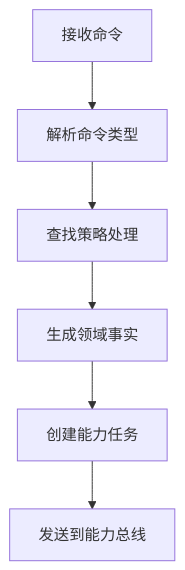
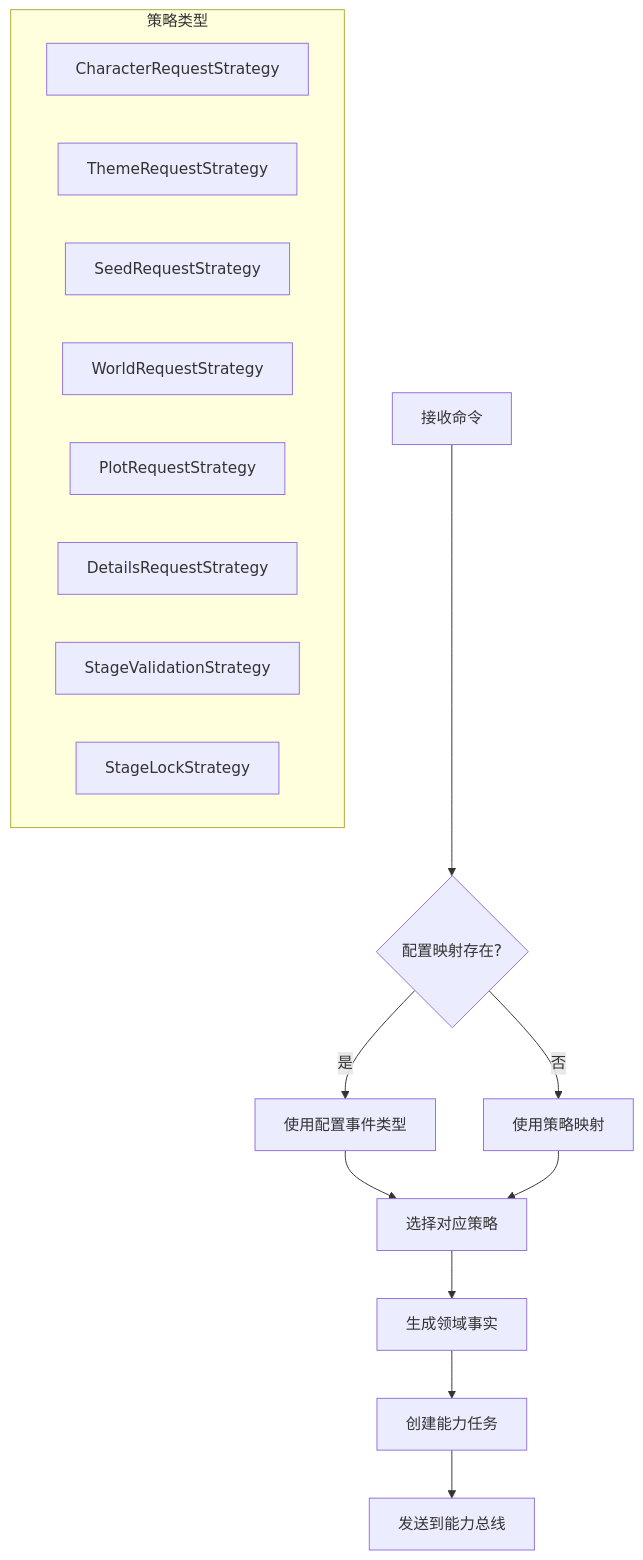
Before and after one commit to zhiyue/infinite-scribe: the seventh of 10 diagrams in apps/backend/src/agents/orchestrator/README.md, drawn with Mermaid. The commit also changed other lines of this file and 3 other files, not shown here.

````diff
--- a/apps/backend/src/agents/orchestrator/README.md
+++ b/apps/backend/src/agents/orchestrator/README.md
@@ -247,8 +279,22 @@
 ```mermaid
 flowchart TD
-    A[接收命令] --> B[解析命令类型]
-    B --> C[查找策略处理]
-    C --> D[生成领域事实]
-    D --> E[创建能力任务]
-    E --> F[发送到能力总线]
+    A[接收命令] --> B{配置映射存在?}
+    B -->|是| C[使用配置事件类型]
+    B -->|否| D[使用策略映射]
+    C --> E[选择对应策略]
+    D --> E
+    E --> F[生成领域事实]
+    F --> G[创建能力任务]
+    G --> H[发送到能力总线]
+    
+    subgraph "策略类型"
+        S1[CharacterRequestStrategy]
+        S2[ThemeRequestStrategy]
+        S3[SeedRequestStrategy]
+        S4[WorldRequestStrategy]
+        S5[PlotRequestStrategy]
+        S6[DetailsRequestStrategy]
+        S7[StageValidationStrategy]
+        S8[StageLockStrategy]
+    end
 ```
````
